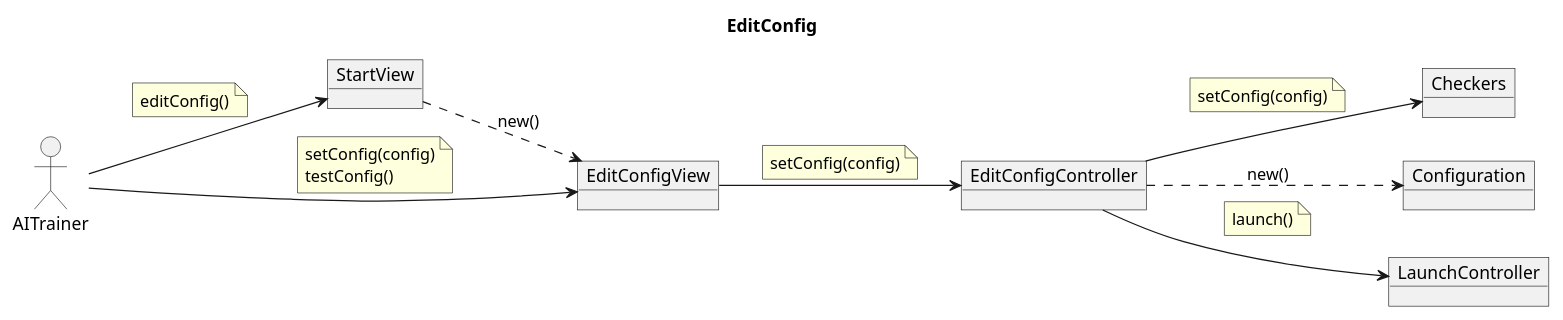
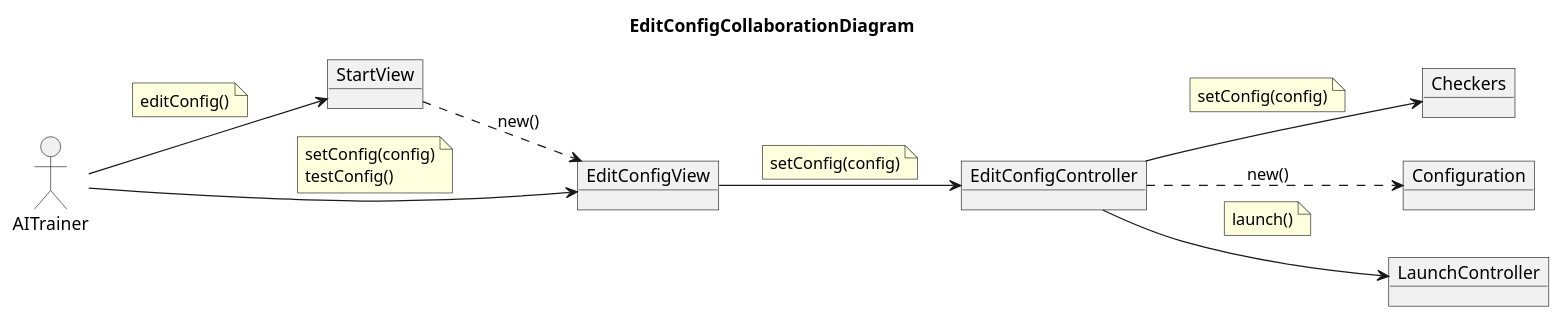
One commit to Master-Desarrollo-20-21/patrones-diseno---practica-final---juego-de-las-damas-fraylopez changed the diagram in docs/src/analysis/use-cases/editconfig-colab.plantuml. Above: the diagram before and after it, drawn with PlantUML. The commit also changed 25 other files, not shown here.

Commit message:
new diagrams + update readme

```diff
--- a/docs/src/analysis/use-cases/editconfig-colab.plantuml
+++ b/docs/src/analysis/use-cases/editconfig-colab.plantuml
@@ -1,46 +1,46 @@
-@startuml EditconfigCollaborationDiagram
-title EditConfig
+@startuml EditConfigCollaborationDiagram
+title EditConfigCollaborationDiagram
 allow_mixing
 left to right direction
 
 actor AITrainer
 
 object Checkers
 object StartView
 object EditConfigView
 object EditConfigController
 object Configuration
 object LaunchController
 
 AITrainer --> StartView
 note on link
     editConfig()
 end note
 
 StartView ..> EditConfigView : new()
 
 AITrainer --> EditConfigView
 note on link
     setConfig(config)
     testConfig()
 end note
 
 EditConfigView --> EditConfigController
 note on link
     setConfig(config)
 end note
 
 EditConfigController ..> Configuration : new()
 
 EditConfigController --> Checkers
 note on link
     setConfig(config)
 end note
 
 EditConfigController --> LaunchController
 note on link
     launch()
 end note
 
 
 @enduml
```
